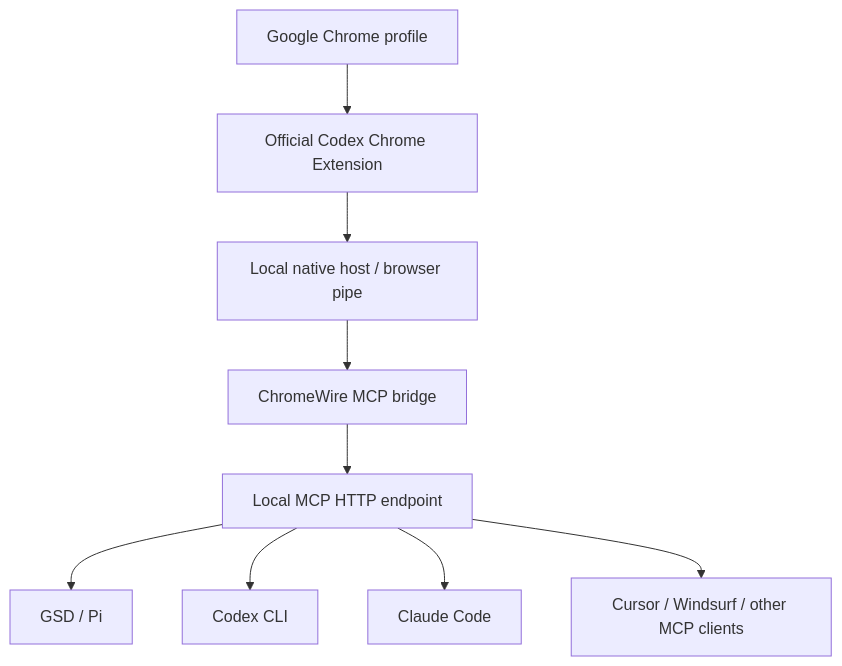
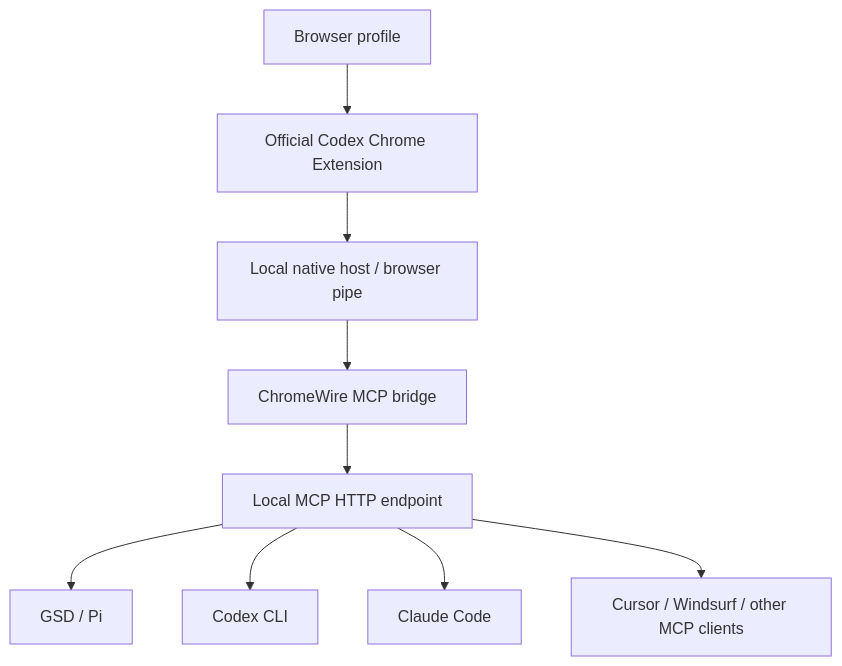
The diagram in README.md (bakhtiersizhaev/chromewire-mcp), drawn with Mermaid before and after one commit. The commit also changed other lines of this file and 2 other files, not shown here.

````diff
--- a/README.md
+++ b/README.md
@@ -57,11 +89,11 @@
 ```mermaid
 flowchart TD
-    Chrome[Google Chrome profile] --> Ext[Official Codex Chrome Extension]
+    Browser[Browser profile] --> Ext[Official Codex Chrome Extension]
     Ext --> Native[Local native host / browser pipe]
     Native --> Bridge[ChromeWire MCP bridge]
     Bridge --> MCP[Local MCP HTTP endpoint]
     MCP --> GSD[GSD / Pi]
     MCP --> Codex[Codex CLI]
     MCP --> Claude[Claude Code]
     MCP --> Other[Cursor / Windsurf / other MCP clients]
 ```
````
